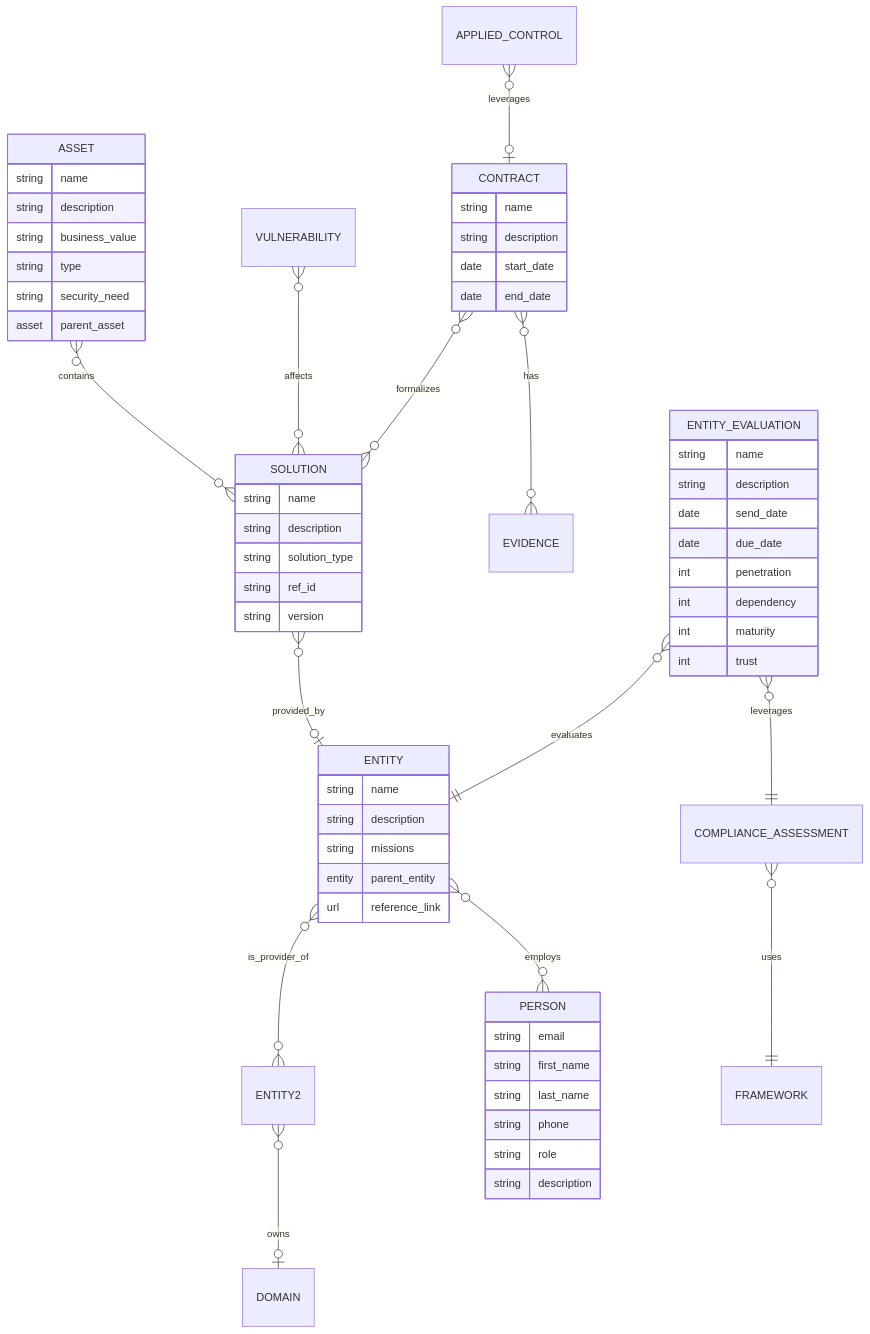
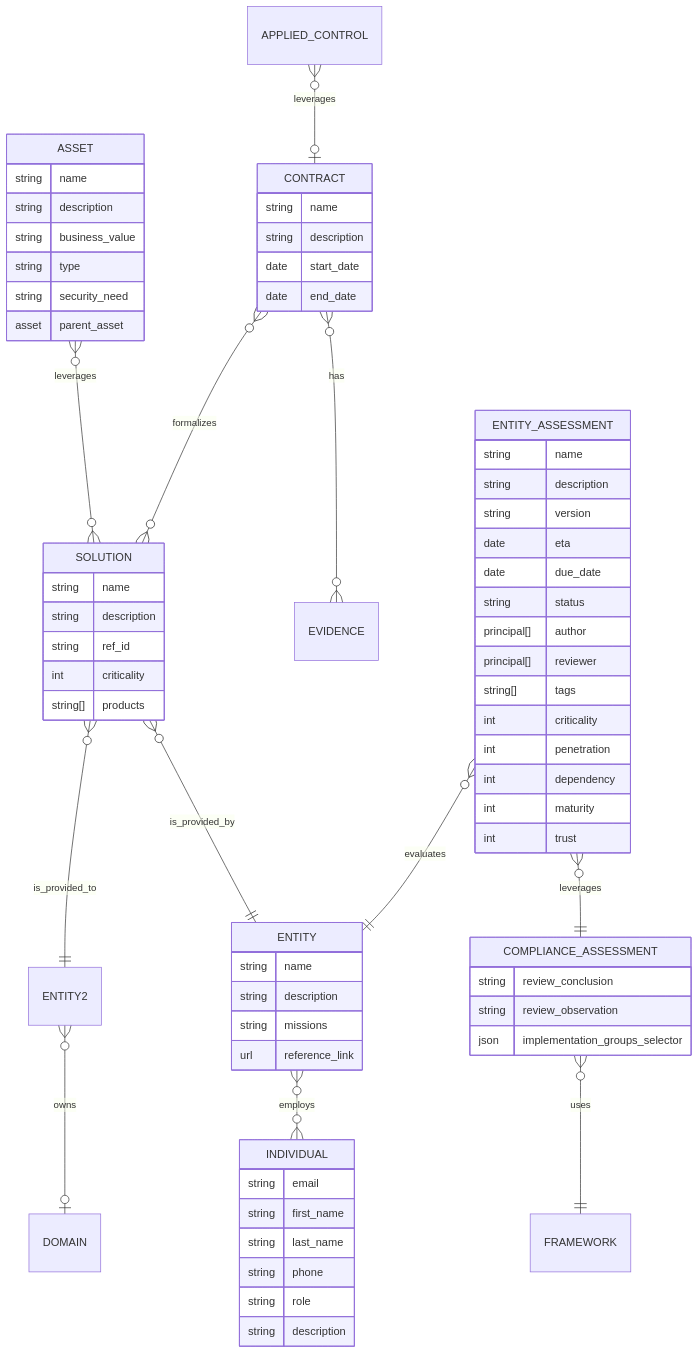
Before and after one commit to intuitem/ciso-assistant-community: the eighth of 10 diagrams in documentation/architecture/data-model.md, drawn with Mermaid. The commit also changed other lines of this file, not shown here.

Commit message:
Update data-model.md
Clarify model.

````diff
--- a/documentation/architecture/data-model.md
+++ b/documentation/architecture/data-model.md
@@ -1126,68 +1130,81 @@
 ```mermaid
 erDiagram
 
-    ASSET                 }o--o{ SOLUTION              : contains
-    ENTITY2                }o--o| DOMAIN                : owns
-    VULNERABILITY         }o--o{ SOLUTION              : affects
-    SOLUTION              }o--o| ENTITY                : provided_by
+    ASSET                 }o--o{ SOLUTION              : leverages
+    ENTITY2               }o--o| DOMAIN                : owns
+    SOLUTION              }o--|| ENTITY2               : is_provided_to
+    SOLUTION              }o--|| ENTITY                : is_provided_by
     CONTRACT              }o--o{ SOLUTION              : formalizes
     CONTRACT              }o--o{ EVIDENCE              : has
     APPLIED_CONTROL       }o--o| CONTRACT              : leverages
-    ENTITY_EVALUATION     }o--|| ENTITY                : evaluates
-    ENTITY                }o--o{ PERSON                : employs
-    ENTITY_EVALUATION     }o--|| COMPLIANCE_ASSESSMENT : leverages
-    ENTITY                }o--o{ ENTITY2               : is_provider_of
+    ENTITY_ASSESSMENT     }o--|| ENTITY                : evaluates
+    ENTITY                }o--o{ INDIVIDUAL            : employs
+    ENTITY_ASSESSMENT     }o--|| COMPLIANCE_ASSESSMENT : leverages
     COMPLIANCE_ASSESSMENT }o--|| FRAMEWORK             : uses
+
     ENTITY {
         string  name
         string  description
         string  missions  
-        entity  parent_entity
         url     reference_link
     }
 
     ASSET {
         string      name
         string      description
         string      business_value
         string      type
         string      security_need
         asset       parent_asset
     }
 
     SOLUTION {
         string      name
         string      description
-        string      solution_type
         string      ref_id
-        string      version
+        int         criticality
+        string[]    products
     }
+
 
     CONTRACT {
         string name
         string description
         date   start_date
         date   end_date
     }
 
-    ENTITY_EVALUATION {
-        string name
-        string description
-        date   send_date
-        date   due_date
-        int    penetration
-        int    dependency
-        int    maturity
-        int    trust
+    ENTITY_ASSESSMENT {
+        string      name
+        string      description
+        string      version
+        date        eta
+        date        due_date
+        string      status
+        principal[] author
+        principal[] reviewer
+        string[]    tags
+
+        int         criticality
+        int         penetration
+        int         dependency
+        int         maturity
+        int         trust
     }
 
-    PERSON {
-        string email
-        string first_name
-        string last_name
-        string phone
-        string role
-        string description
+    INDIVIDUAL {
+        string      email
+        string      first_name
+        string      last_name
+        string      phone
+        string      role
+        string      description
+    }
+
+    COMPLIANCE_ASSESSMENT {
+        string      review_conclusion
+        string      review_observation
+        json        implementation_groups_selector
     }
 
 ```
````
